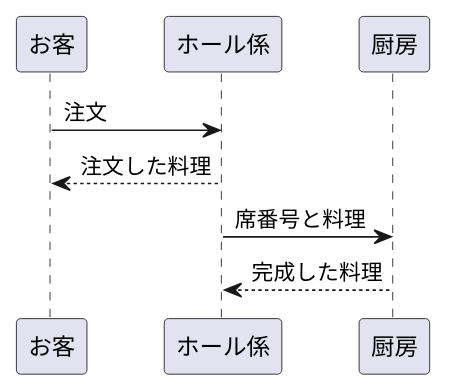
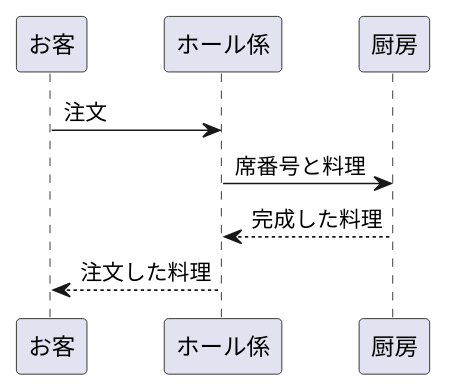
The diagram in kadai3.md (Aso2001178/2021sys-design), drawn with PlantUML before and after one commit. The commit also changed other lines of this file, not shown here.

````diff
--- a/kadai3.md
+++ b/kadai3.md
@@ -1,8 +1,8 @@
 ```uml
 @startuml
 お客->ホール係:注文
-ホール係-->お客:注文した料理
 ホール係->厨房:席番号と料理
 厨房-->ホール係:完成した料理
+ホール係-->お客:注文した料理
 @enduml
 ```
````
